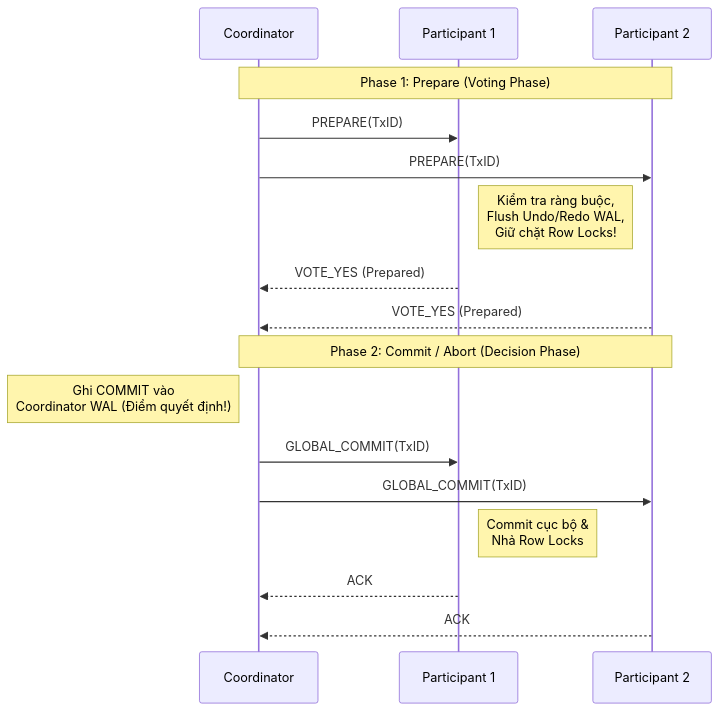
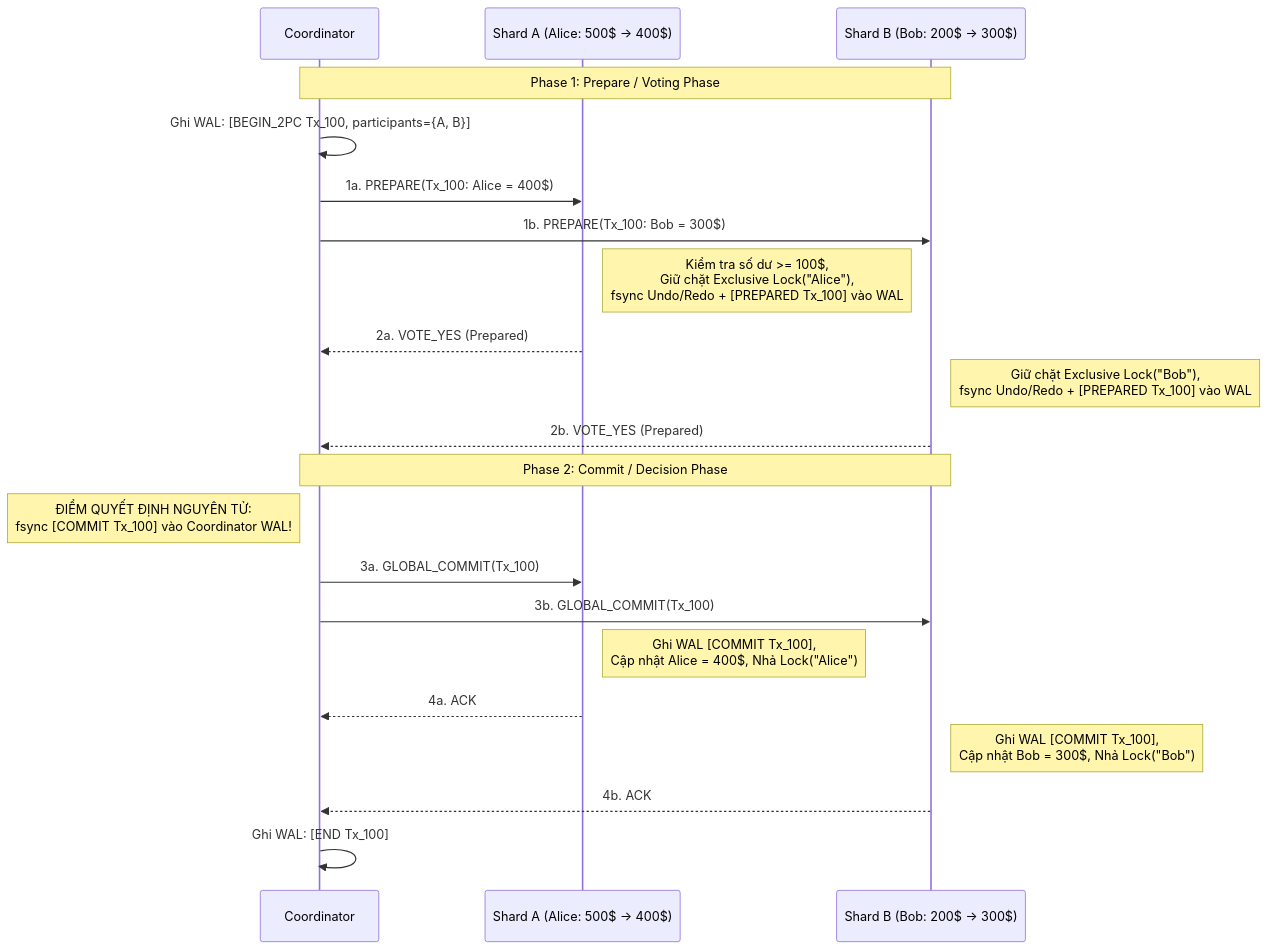
The first of 4 diagrams in docs/Database-Internals-Notes/database-internals-chapter13.vi.md (namaewanam/namaewanam.github.io), drawn with Mermaid before and after one commit. The commit also changed other lines of this file and 29 other files, not shown here.

````diff
--- a/docs/Database-Internals-Notes/database-internals-chapter13.vi.md
+++ b/docs/Database-Internals-Notes/database-internals-chapter13.vi.md
@@ -34,21 +84,25 @@
 ```mermaid
 sequenceDiagram
     participant C as Coordinator
-    participant P1 as Participant 1
-    participant P2 as Participant 2
+    participant SA as Shard A (Alice: 500$ -> 400$)
+    participant SB as Shard B (Bob: 200$ -> 300$)
 
-    Note over C,P2: Phase 1: Prepare (Voting Phase)
-    C->>P1: PREPARE(TxID)
-    C->>P2: PREPARE(TxID)
-    Note right of P1: Kiểm tra ràng buộc,<br/>Flush Undo/Redo WAL,<br/>Giữ chặt Row Locks!
-    P1-->>C: VOTE_YES (Prepared)
-    P2-->>C: VOTE_YES (Prepared)
+    Note over C,SB: Phase 1: Prepare / Voting Phase
+    C->>C: Ghi WAL: [BEGIN_2PC Tx_100, participants={A, B}]
+    C->>SA: 1a. PREPARE(Tx_100: Alice = 400$)
+    C->>SB: 1b. PREPARE(Tx_100: Bob = 300$)
+    Note right of SA: Kiểm tra số dư >= 100$,<br/>Giữ chặt Exclusive Lock("Alice"),<br/>fsync Undo/Redo + [PREPARED Tx_100] vào WAL
+    SA-->>C: 2a. VOTE_YES (Prepared)
+    Note right of SB: Giữ chặt Exclusive Lock("Bob"),<br/>fsync Undo/Redo + [PREPARED Tx_100] vào WAL
+    SB-->>C: 2b. VOTE_YES (Prepared)
 
-    Note over C,P2: Phase 2: Commit / Abort (Decision Phase)
-    Note left of C: Ghi COMMIT vào<br/>Coordinator WAL (Điểm quyết định!)
-    C->>P1:GLOBAL_COMMIT(TxID)
-    C->>P2: GLOBAL_COMMIT(TxID)
-    Note right of P1: Commit cục bộ &<br/>Nhả Row Locks
-    P1-->>C: ACK
-    P2-->>C: ACK
+    Note over C,SB: Phase 2: Commit / Decision Phase
+    Note left of C: ĐIỂM QUYẾT ĐỊNH NGUYÊN TỬ:<br/>fsync [COMMIT Tx_100] vào Coordinator WAL!
+    C->>SA: 3a. GLOBAL_COMMIT(Tx_100)
+    C->>SB: 3b. GLOBAL_COMMIT(Tx_100)
+    Note right of SA: Ghi WAL [COMMIT Tx_100],<br/>Cập nhật Alice = 400$, Nhả Lock("Alice")
+    SA-->>C: 4a. ACK
+    Note right of SB: Ghi WAL [COMMIT Tx_100],<br/>Cập nhật Bob = 300$, Nhả Lock("Bob")
+    SB-->>C: 4b. ACK
+    C->>C: Ghi WAL: [END Tx_100]
 ```
````
